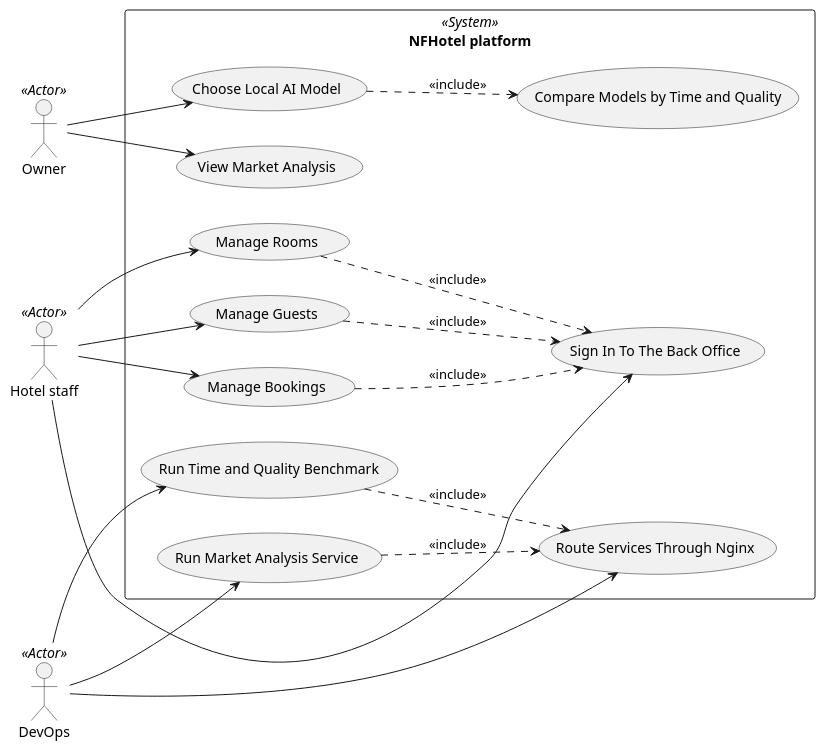
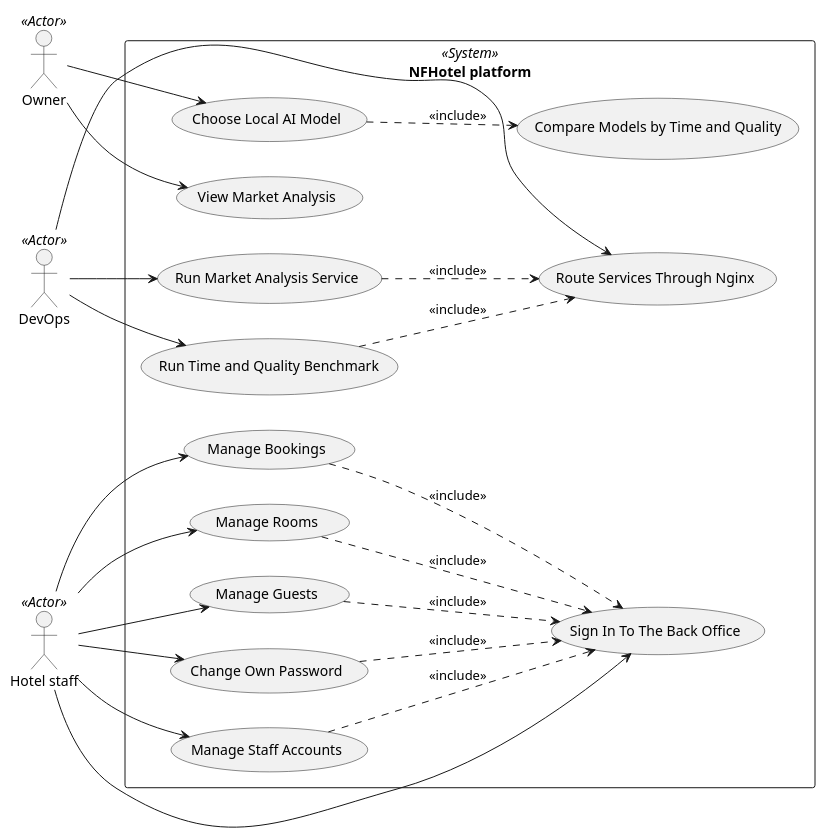
One commit to NF-Hotel/NFHotel changed the diagram in docs/use-case-diagram.md. Above: the diagram before and after it, drawn with PlantUML. The commit also changed other lines of this file and 19 other files, not shown here.

First line of the commit message:
Plan MIL-030: staff accounts and password change

````diff
--- a/docs/use-case-diagram.md
+++ b/docs/use-case-diagram.md
@@ -32,35 +33,41 @@
 ```plantuml
 @startuml
 left to right direction
 actor "Owner" as Owner <<Actor>>
 actor "DevOps" as DevOps <<Actor>>
 actor "Hotel staff" as Staff <<Actor>>
 rectangle "NFHotel platform" <<System>> {
   usecase "View Market Analysis" as UC1
   usecase "Choose Local AI Model" as UC2
   usecase "Route Services Through Nginx" as UC3
   usecase "Run Time and Quality Benchmark" as UC4
   usecase "Run Market Analysis Service" as UC5
   usecase "Compare Models by Time and Quality" as UC6
   usecase "Manage Bookings" as UC7
   usecase "Manage Rooms" as UC8
   usecase "Manage Guests" as UC9
   usecase "Sign In To The Back Office" as UC10
+  usecase "Change Own Password" as UC11
+  usecase "Manage Staff Accounts" as UC12
 }
 Owner --> UC1
 Owner --> UC2
 DevOps --> UC3
 DevOps --> UC4
 DevOps --> UC5
 Staff --> UC7
 Staff --> UC8
 Staff --> UC9
 Staff --> UC10
+Staff --> UC11
+Staff --> UC12
 UC7 ..> UC10 : <<include>>
 UC8 ..> UC10 : <<include>>
+UC11 ..> UC10 : <<include>>
+UC12 ..> UC10 : <<include>>
 UC9 ..> UC10 : <<include>>
 UC2 ..> UC6 : <<include>>
 UC4 ..> UC3 : <<include>>
 UC5 ..> UC3 : <<include>>
 @enduml
 ```
````
